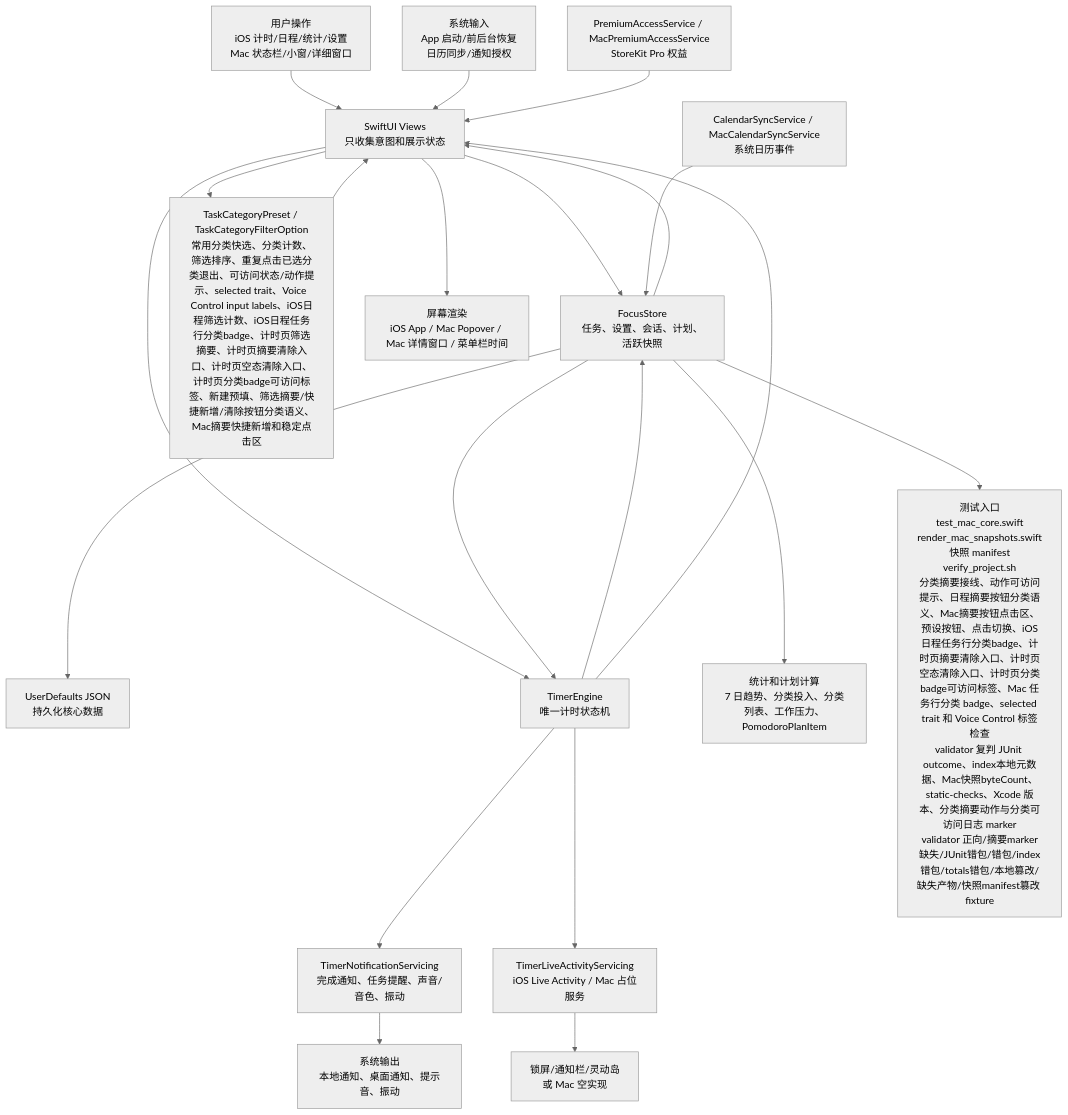
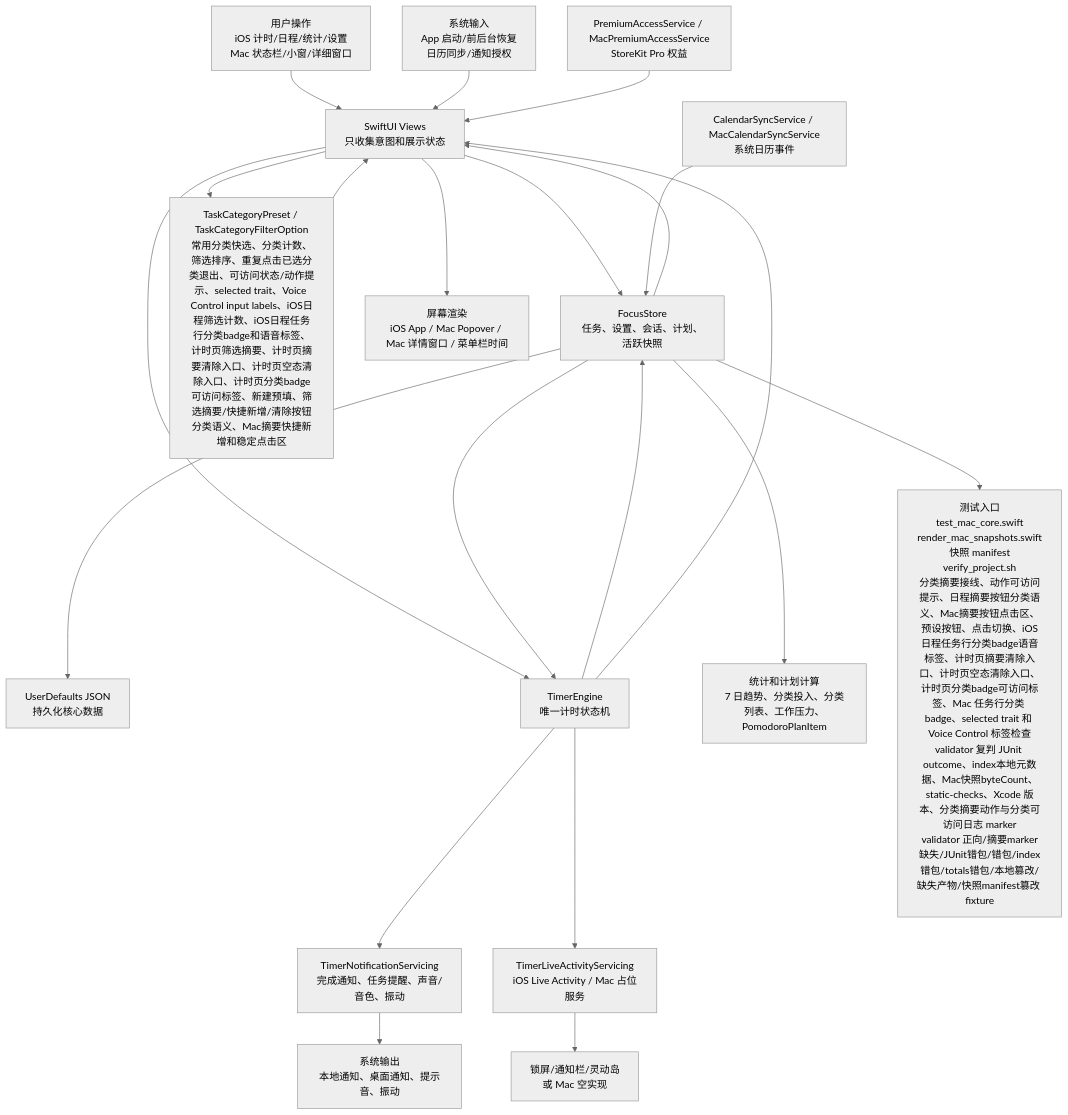
One commit to Altman-sam114/114 changed the first of 6 diagrams in md/flow/flowchart.md. Above: the diagram before and after it, drawn with Mermaid (neutral theme). The commit also changed other lines of this file and 7 other files, not shown here.

````diff
--- a/md/flow/flowchart.md
+++ b/md/flow/flowchart.md
@@ -9,23 +9,23 @@
 ```mermaid
 flowchart TD
   U["用户操作<br/>iOS 计时/日程/统计/设置<br/>Mac 状态栏/小窗/详细窗口"] --> V["SwiftUI Views<br/>只收集意图和展示状态"]
   SYS["系统输入<br/>App 启动/前后台恢复<br/>日历同步/通知授权"] --> V
   V --> S["FocusStore<br/>任务、设置、会话、计划、活跃快照"]
-  V --> CAT["TaskCategoryPreset / TaskCategoryFilterOption<br/>常用分类快选、分类计数、筛选排序、重复点击已选分类退出、可访问状态/动作提示、selected trait、Voice Control input labels、iOS日程筛选计数、iOS日程任务行分类badge、计时页筛选摘要、计时页摘要清除入口、计时页空态清除入口、计时页分类badge可访问标签、新建预填、筛选摘要/快捷新增/清除按钮分类语义、Mac摘要快捷新增和稳定点击区"]
+  V --> CAT["TaskCategoryPreset / TaskCategoryFilterOption<br/>常用分类快选、分类计数、筛选排序、重复点击已选分类退出、可访问状态/动作提示、selected trait、Voice Control input labels、iOS日程筛选计数、iOS日程任务行分类badge和语音标签、计时页筛选摘要、计时页摘要清除入口、计时页空态清除入口、计时页分类badge可访问标签、新建预填、筛选摘要/快捷新增/清除按钮分类语义、Mac摘要快捷新增和稳定点击区"]
   CAT --> V
   S --> P["UserDefaults JSON<br/>持久化核心数据"]
   V --> E["TimerEngine<br/>唯一计时状态机"]
   S --> E
   E --> S
   E --> N["TimerNotificationServicing<br/>完成通知、任务提醒、声音/音色、振动"]
   E --> L["TimerLiveActivityServicing<br/>iOS Live Activity / Mac 占位服务"]
   S --> C["统计和计划计算<br/>7 日趋势、分类投入、分类列表、工作压力、PomodoroPlanItem"]
   CAL["CalendarSyncService / MacCalendarSyncService<br/>系统日历事件"] --> S
   PRO["PremiumAccessService / MacPremiumAccessService<br/>StoreKit Pro 权益"] --> V
   S --> V
   E --> V
   V --> OUT["屏幕渲染<br/>iOS App / Mac Popover / Mac 详情窗口 / 菜单栏时间"]
   N --> OUT2["系统输出<br/>本地通知、桌面通知、提示音、振动"]
   L --> OUT3["锁屏/通知栏/灵动岛<br/>或 Mac 空实现"]
-  S --> T["测试入口<br/>test_mac_core.swift<br/>render_mac_snapshots.swift<br/>快照 manifest<br/>verify_project.sh<br/>分类摘要接线、动作可访问提示、日程摘要按钮分类语义、Mac摘要按钮点击区、预设按钮、点击切换、iOS日程任务行分类badge、计时页摘要清除入口、计时页空态清除入口、计时页分类badge可访问标签、Mac 任务行分类 badge、selected trait 和 Voice Control 标签检查<br/>validator 复判 JUnit outcome、index本地元数据、Mac快照byteCount、static-checks、Xcode 版本、分类摘要动作与分类可访问日志 marker<br/>validator 正向/摘要marker缺失/JUnit错包/错包/index错包/totals错包/本地篡改/缺失产物/快照manifest篡改 fixture"]
+  S --> T["测试入口<br/>test_mac_core.swift<br/>render_mac_snapshots.swift<br/>快照 manifest<br/>verify_project.sh<br/>分类摘要接线、动作可访问提示、日程摘要按钮分类语义、Mac摘要按钮点击区、预设按钮、点击切换、iOS日程任务行分类badge语音标签、计时页摘要清除入口、计时页空态清除入口、计时页分类badge可访问标签、Mac 任务行分类 badge、selected trait 和 Voice Control 标签检查<br/>validator 复判 JUnit outcome、index本地元数据、Mac快照byteCount、static-checks、Xcode 版本、分类摘要动作与分类可访问日志 marker<br/>validator 正向/摘要marker缺失/JUnit错包/错包/index错包/totals错包/本地篡改/缺失产物/快照manifest篡改 fixture"]
 ```
````
